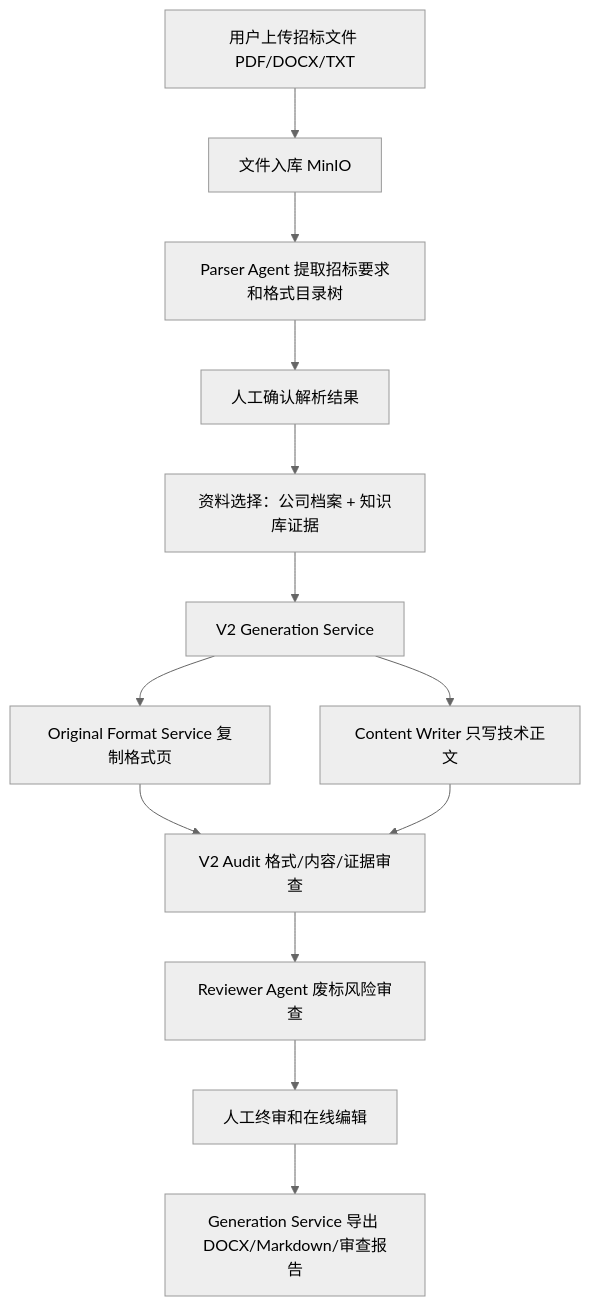
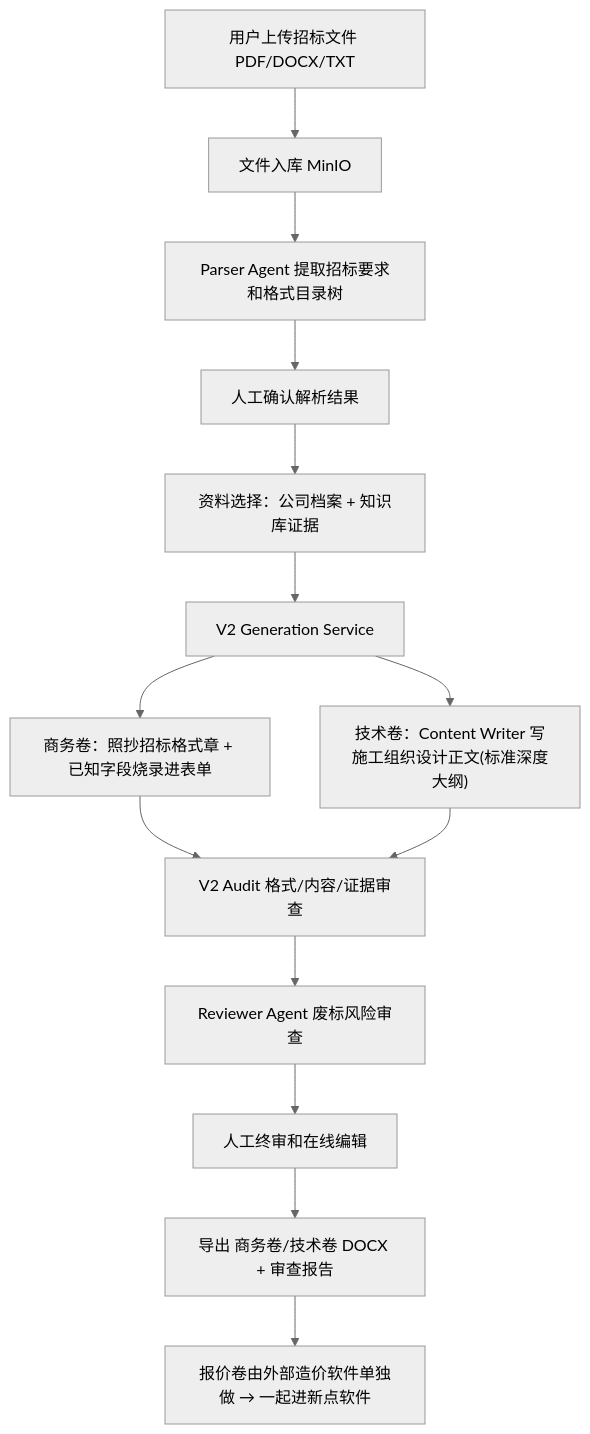
The diagram in README.md (fakelilway/TenderDoc-Generator), drawn with Mermaid (neutral theme) before and after one commit. The commit also changed other lines of this file and 7 other files, not shown here.

````diff
--- a/README.md
+++ b/README.md
@@ -13,15 +14,16 @@
 ```mermaid
 flowchart TD
     A["用户上传招标文件 PDF/DOCX/TXT"] --> B["文件入库 MinIO"]
     B --> C["Parser Agent 提取招标要求和格式目录树"]
     C --> D["人工确认解析结果"]
     D --> E["资料选择：公司档案 + 知识库证据"]
     E --> F["V2 Generation Service"]
-    F --> G["Original Format Service 复制格式页"]
-    F --> H["Content Writer 只写技术正文"]
+    F --> G["商务卷：照抄招标格式章 + 已知字段烧录进表单"]
+    F --> H["技术卷：Content Writer 写施工组织设计正文(标准深度大纲)"]
     G --> I["V2 Audit 格式/内容/证据审查"]
     H --> I
     I --> J["Reviewer Agent 废标风险审查"]
     J --> K["人工终审和在线编辑"]
-    K --> L["Generation Service 导出 DOCX/Markdown/审查报告"]
+    K --> L["导出 商务卷/技术卷 DOCX + 审查报告"]
+    L --> M["报价卷由外部造价软件单独做 → 一起进新点软件"]
 ```
````
